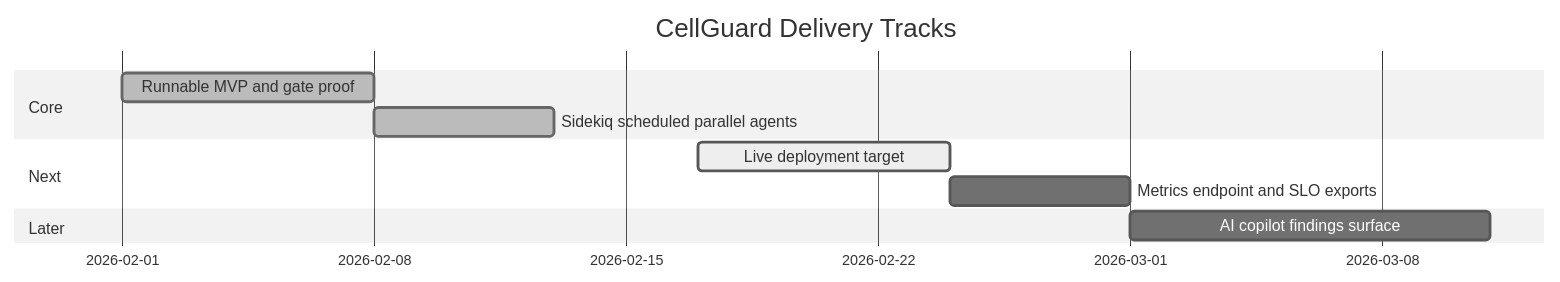
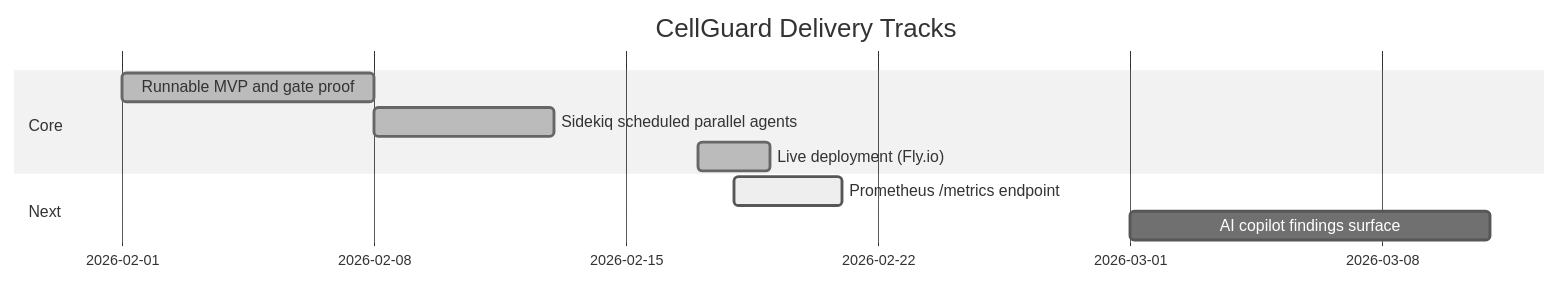
One commit to AngelP17/Cellguard changed the third of 3 diagrams in README.md. Above: the diagram before and after it, drawn with Mermaid (neutral theme). The commit also changed other lines of this file and 5 other files, not shown here.

Commit message:
Add deployment infrastructure: Dockerfile, fly.toml, deploy workflow, and recruiter-friendly README

````diff
--- a/README.md
+++ b/README.md
@@ -124,13 +215,12 @@
 ```mermaid
 gantt
     title CellGuard Delivery Tracks
     dateFormat  YYYY-MM-DD
     section Core
     Runnable MVP and gate proof       :done, c1, 2026-02-01, 7d
     Sidekiq scheduled parallel agents :done, c2, 2026-02-08, 5d
+    Live deployment (Fly.io)          :done, c3, 2026-02-17, 2d
     section Next
-    Live deployment target            :active, n1, 2026-02-17, 7d
-    Metrics endpoint and SLO exports  :n2, after n1, 5d
-    section Later
-    AI copilot findings surface       :l1, 2026-03-01, 10d
+    Prometheus /metrics endpoint      :active, n1, 2026-02-18, 3d
+    AI copilot findings surface       :n2, 2026-03-01, 10d
 ```
````
